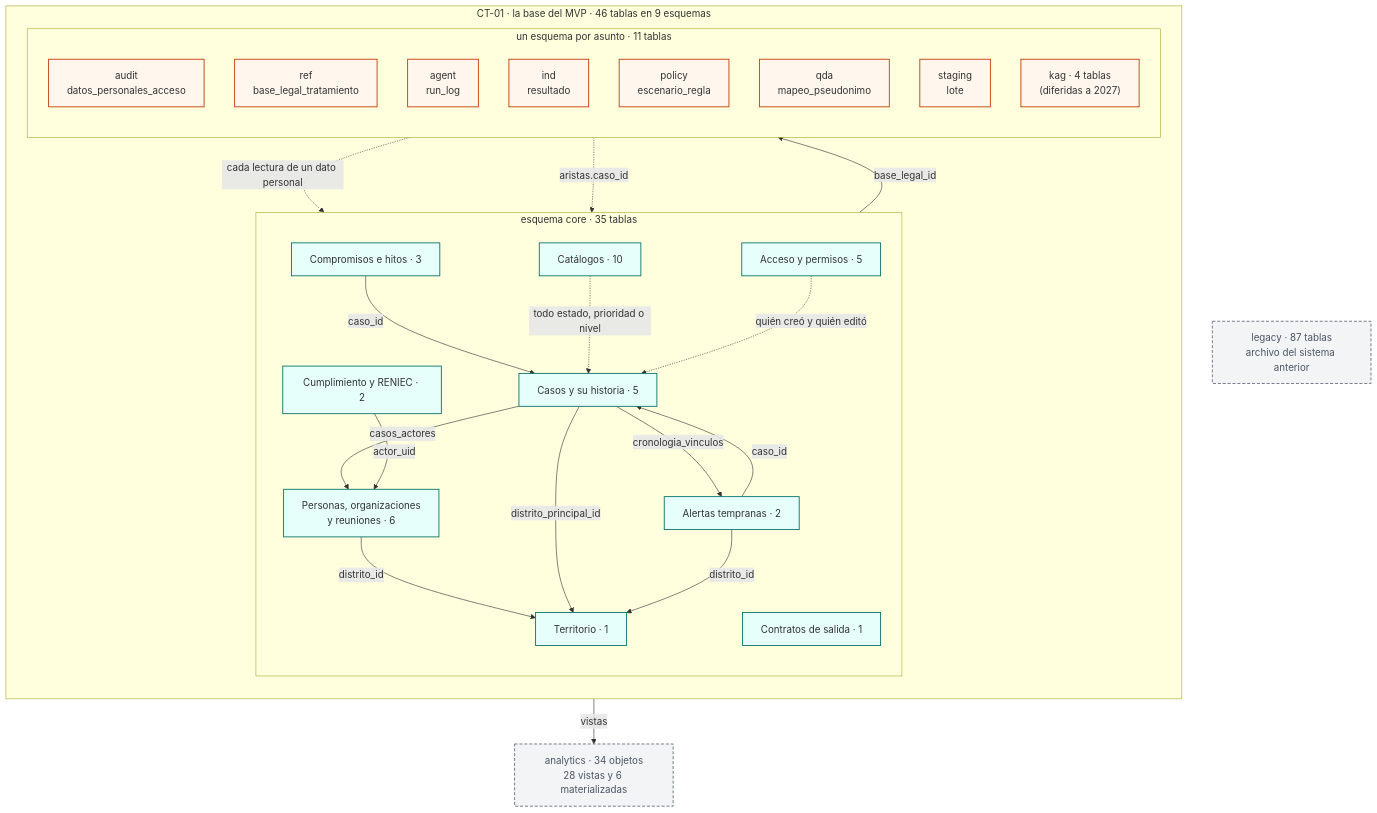
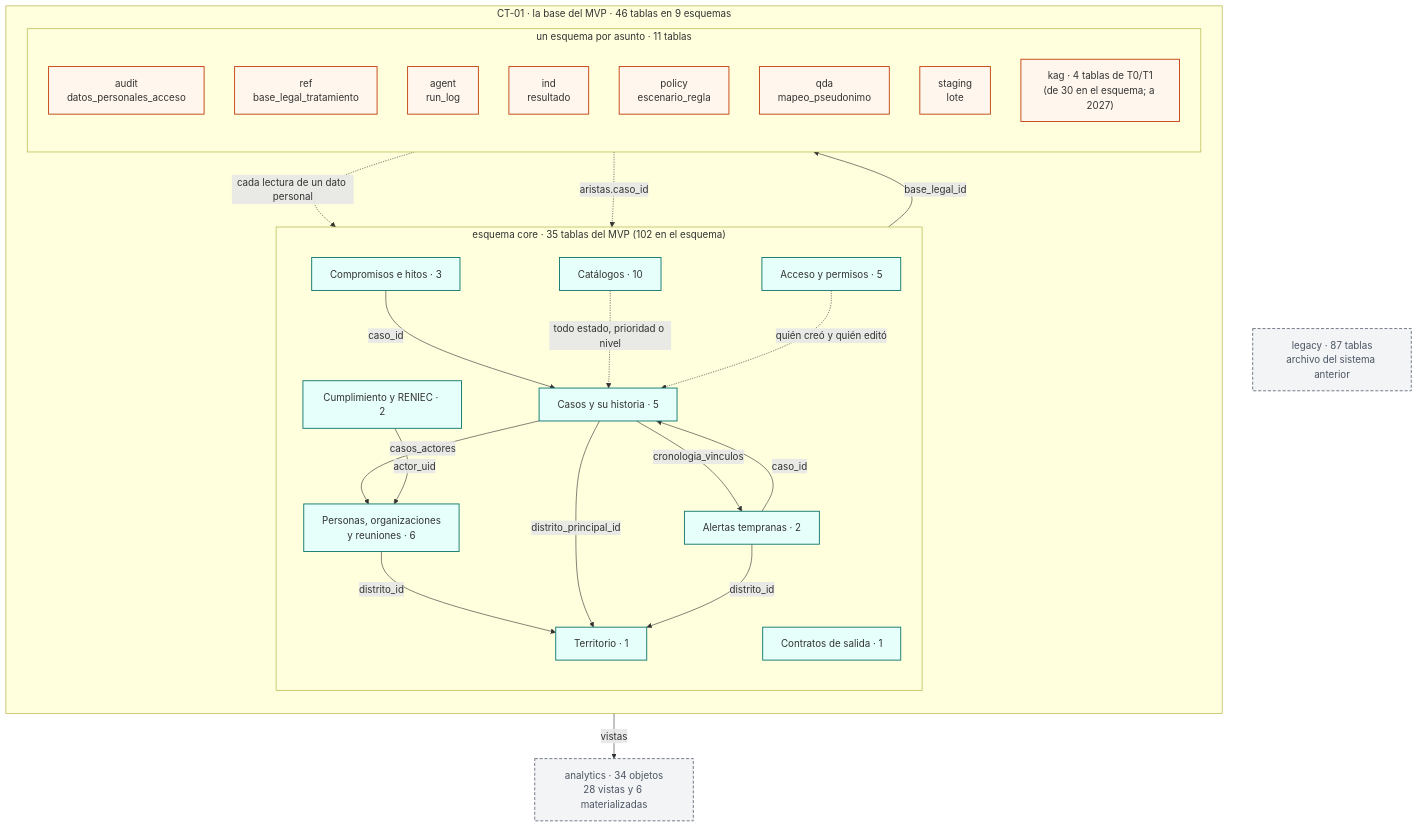
Before and after one commit to diegopaucarv/avisa: the seventh of 9 diagrams in docs/ERS_AVISA_PRODUCE_v0.6.md, drawn with Mermaid. The commit also changed other lines of this file and 5 other files, not shown here.

````diff
--- a/docs/ERS_AVISA_PRODUCE_v0.6.md
+++ b/docs/ERS_AVISA_PRODUCE_v0.6.md
@@ -1728,51 +1742,51 @@
 ```mermaid
 flowchart TB
   classDef bloque fill:#e6fffa,stroke:#0f766e,stroke-width:1.5px;
   classDef satelite fill:#fff7ed,stroke:#c2410c,stroke-width:1.5px;
   classDef fuera fill:#f3f4f6,stroke:#6b7280,stroke-width:1.5px,stroke-dasharray:5 3,color:#4b5563;
 
   subgraph CT01["CT-01 · la base del MVP · 46 tablas en 9 esquemas"]
     direction TB
-    subgraph CORE["esquema core · 35 tablas"]
+    subgraph CORE["esquema core · 35 tablas del MVP (102 en el esquema)"]
       direction TB
       P["Personas, organizaciones<br/>y reuniones · 6"]:::bloque
       C["Casos y su historia · 5"]:::bloque
       A["Alertas tempranas · 2"]:::bloque
       M["Compromisos e hitos · 3"]:::bloque
       X["Acceso y permisos · 5"]:::bloque
       K["Catálogos · 10"]:::bloque
       T["Territorio · 1"]:::bloque
       L["Cumplimiento y RENIEC · 2"]:::bloque
       O["Contratos de salida · 1"]:::bloque
     end
     subgraph SAT["un esquema por asunto · 11 tablas"]
       direction TB
       AUD["audit<br/>datos_personales_acceso"]:::satelite
       REF["ref<br/>base_legal_tratamiento"]:::satelite
       AGT["agent<br/>run_log"]:::satelite
       IND["ind<br/>resultado"]:::satelite
       POL["policy<br/>escenario_regla"]:::satelite
       QDA["qda<br/>mapeo_pseudonimo"]:::satelite
       STG["staging<br/>lote"]:::satelite
-      KAG["kag · 4 tablas<br/>(diferidas a 2027)"]:::satelite
+      KAG["kag · 4 tablas de T0/T1<br/>(de 30 en el esquema; a 2027)"]:::satelite
     end
   end
 
   ANL["analytics · 34 objetos<br/>28 vistas y 6 materializadas"]:::fuera
   LEG["legacy · 87 tablas<br/>archivo del sistema anterior"]:::fuera
 
   C -->|"casos_actores"| P
   A -->|"caso_id"| C
   M -->|"caso_id"| C
   C -->|"cronologia_vinculos"| A
   K -.->|"todo estado, prioridad o nivel"| C
   X -.->|"quién creó y quién editó"| C
   P -->|"distrito_id"| T
   C -->|"distrito_principal_id"| T
   A -->|"distrito_id"| T
   L -->|"base_legal_id"| REF
   L -->|"actor_uid"| P
   AUD -.->|"cada lectura de un dato personal"| P
   KAG -.->|"aristas.caso_id"| C
   C -->|"vistas"| ANL
 ```
````
